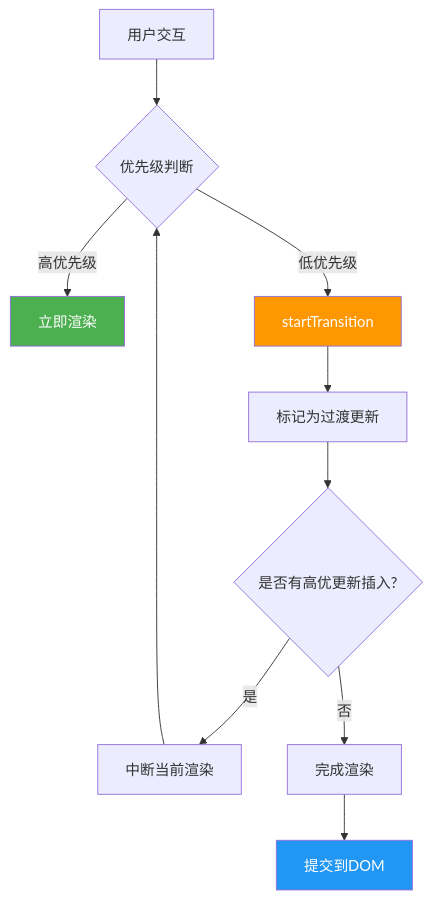
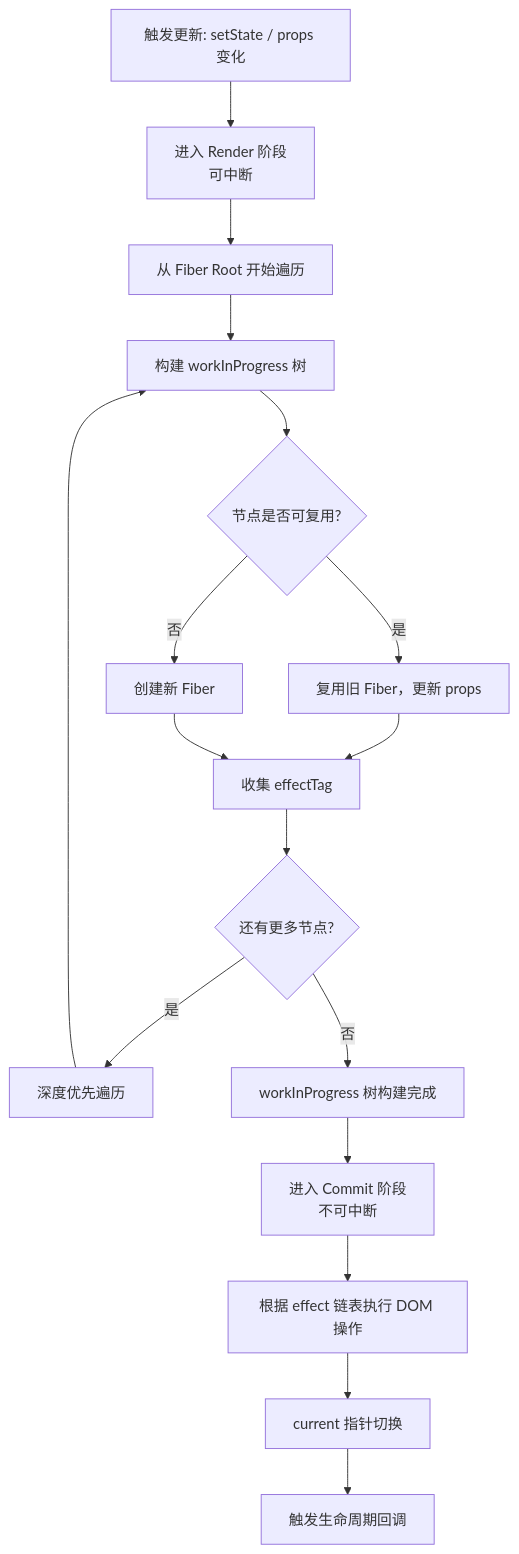
Diagram 12 of 21 in 00-基础常识/05-React-详解版.md (KMaybe01/common), drawn with Mermaid before and after one commit. The commit also changed other lines of this file and 10 other files, not shown here.

````diff
--- a/00-基础常识/05-React-详解版.md
+++ b/00-基础常识/05-React-详解版.md
@@ -1088,16 +767,19 @@
 ```mermaid
-graph TD
-    A["用户交互"] --> B{"优先级判断"}
-    B -->|高优先级| C["立即渲染"]
-    B -->|低优先级| D["startTransition"]
-    D --> E["标记为过渡更新"]
-    E --> F{"是否有高优更新插入?"}
-    F -->|是| G["中断当前渲染"]
-    G --> B
-    F -->|否| H["完成渲染"]
-    H --> I["提交到DOM"]
-
-    style C fill:#4CAF50,color:#fff
-    style D fill:#FF9800,color:#fff
-    style I fill:#2196F3,color:#fff
+flowchart TD
+    A["触发更新: setState / props 变化"] --> B["进入 Render 阶段<br/>可中断"]
+    B --> C["从 Fiber Root 开始遍历"]
+    C --> D["构建 workInProgress 树"]
+    D --> E{"节点是否可复用?"}
+    E -->|是| F["复用旧 Fiber，更新 props"]
+    E -->|否| G["创建新 Fiber"]
+    F --> H["收集 effectTag"]
+    G --> H
+    H --> I{"还有更多节点?"}
+    I -->|是| J["深度优先遍历"]
+    J --> D
+    I -->|否| K["workInProgress 树构建完成"]
+    K --> L["进入 Commit 阶段<br/>不可中断"]
+    L --> M["根据 effect 链表执行 DOM 操作"]
+    M --> N["current 指针切换"]
+    N --> O["触发生命周期回调"]
 ```
````
